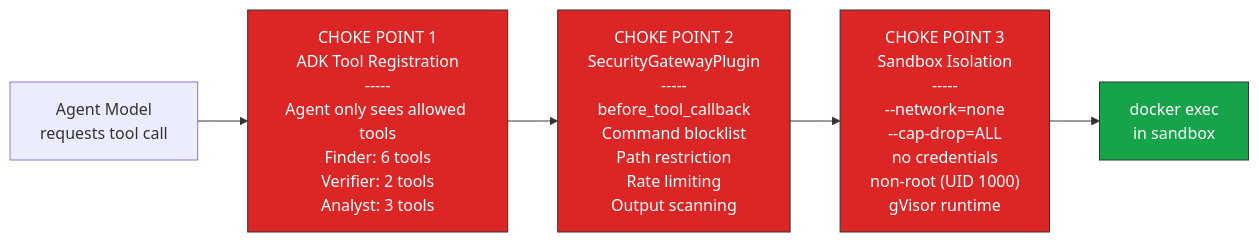
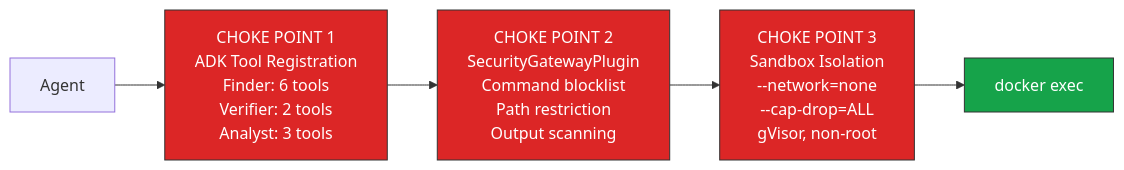
The third of 6 diagrams in agentic-harness/FLOW.md (prashantkul/anthropic-mythos-on-gcp), drawn with Mermaid before and after one commit. The commit also changed other lines of this file and 7 other files, not shown here.

First line of the commit message:
Merge HARNESS-DESIGN into FLOW.md, consistent structure across harnesses

````diff
--- a/agentic-harness/FLOW.md
+++ b/agentic-harness/FLOW.md
@@ -48,21 +93,12 @@
 ```mermaid
 graph LR
-    MODEL[Agent Model\nrequests tool call] --> CP1
-
-    CP1["CHOKE POINT 1\nADK Tool Registration\n-----\nAgent only sees allowed tools\nFinder: 6 tools\nVerifier: 2 tools\nAnalyst: 3 tools"]
-
-    CP1 --> CP2
-
-    CP2["CHOKE POINT 2\nSecurityGatewayPlugin\n-----\nbefore_tool_callback\nCommand blocklist\nPath restriction\nRate limiting\nOutput scanning"]
-
-    CP2 --> CP3
-
-    CP3["CHOKE POINT 3\nSandbox Isolation\n-----\n--network=none\n--cap-drop=ALL\nno credentials\nnon-root (UID 1000)\ngVisor runtime"]
-
-    CP3 --> EXEC[docker exec\nin sandbox]
+    MODEL[Agent] --> CP1["CHOKE POINT 1\nADK Tool Registration\nFinder: 6 tools\nVerifier: 2 tools\nAnalyst: 3 tools"]
+    CP1 --> CP2["CHOKE POINT 2\nSecurityGatewayPlugin\nCommand blocklist\nPath restriction\nOutput scanning"]
+    CP2 --> CP3["CHOKE POINT 3\nSandbox Isolation\n--network=none\n--cap-drop=ALL\ngVisor, non-root"]
+    CP3 --> EXEC[docker exec]
 
     style CP1 fill:#dc2626,stroke:#333,color:#fff
     style CP2 fill:#dc2626,stroke:#333,color:#fff
     style CP3 fill:#dc2626,stroke:#333,color:#fff
     style EXEC fill:#16a34a,stroke:#333,color:#fff
 ```
````
